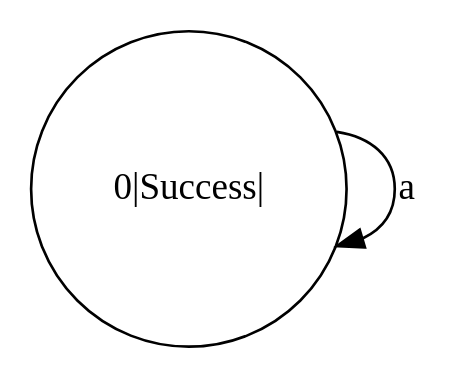
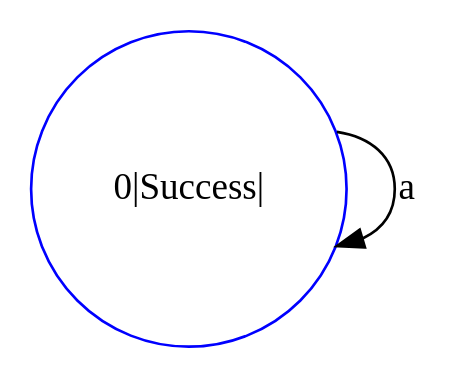
Before and after one commit to ayanamists/MyRegEngine: the diagram in MyRegEngine/bin/Debug/netcoreapp3.1/TestCaseD8.dot, drawn with Graphviz. The commit also changed 55 other files, not shown here.

```diff
--- a/MyRegEngine/bin/Debug/netcoreapp3.1/TestCaseD8.dot
+++ b/MyRegEngine/bin/Debug/netcoreapp3.1/TestCaseD8.dot
@@ -1,1 +1,1 @@
-digraph TestCaseD8 { 0 [shape=circle,label="0|Success|"]; 0 -> 0[label="a"]; }
+digraph TestCaseD8 { 0 [shape=circle,label="0|Success|",color="#0000FF"]; 0 -> 0[label="a"]; }
```
